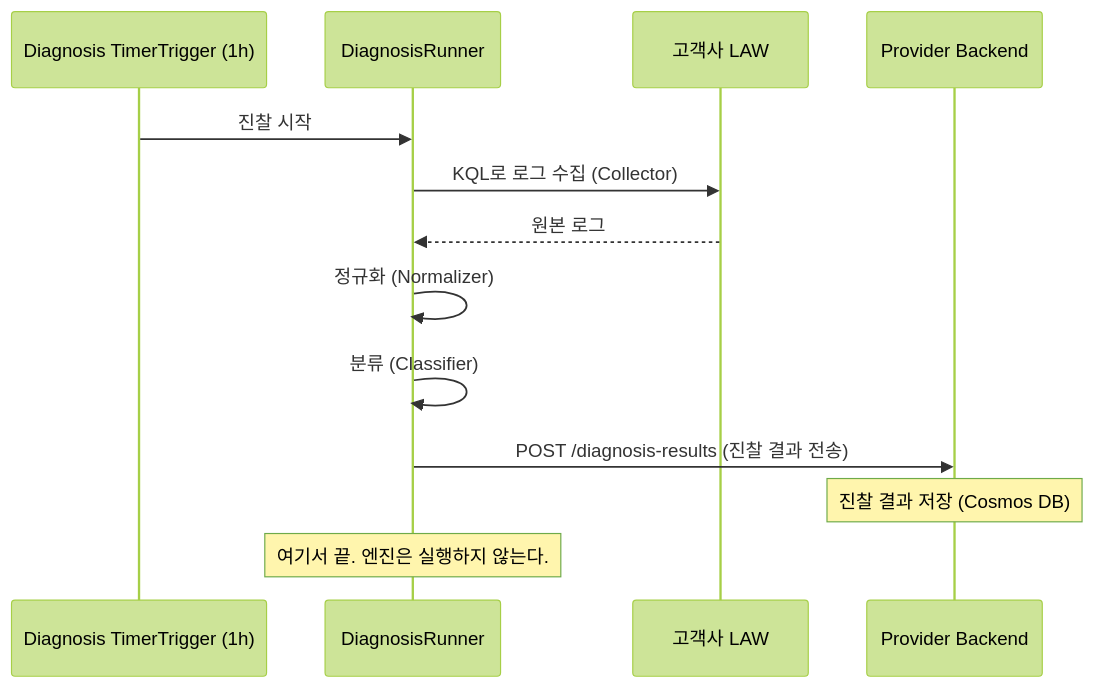
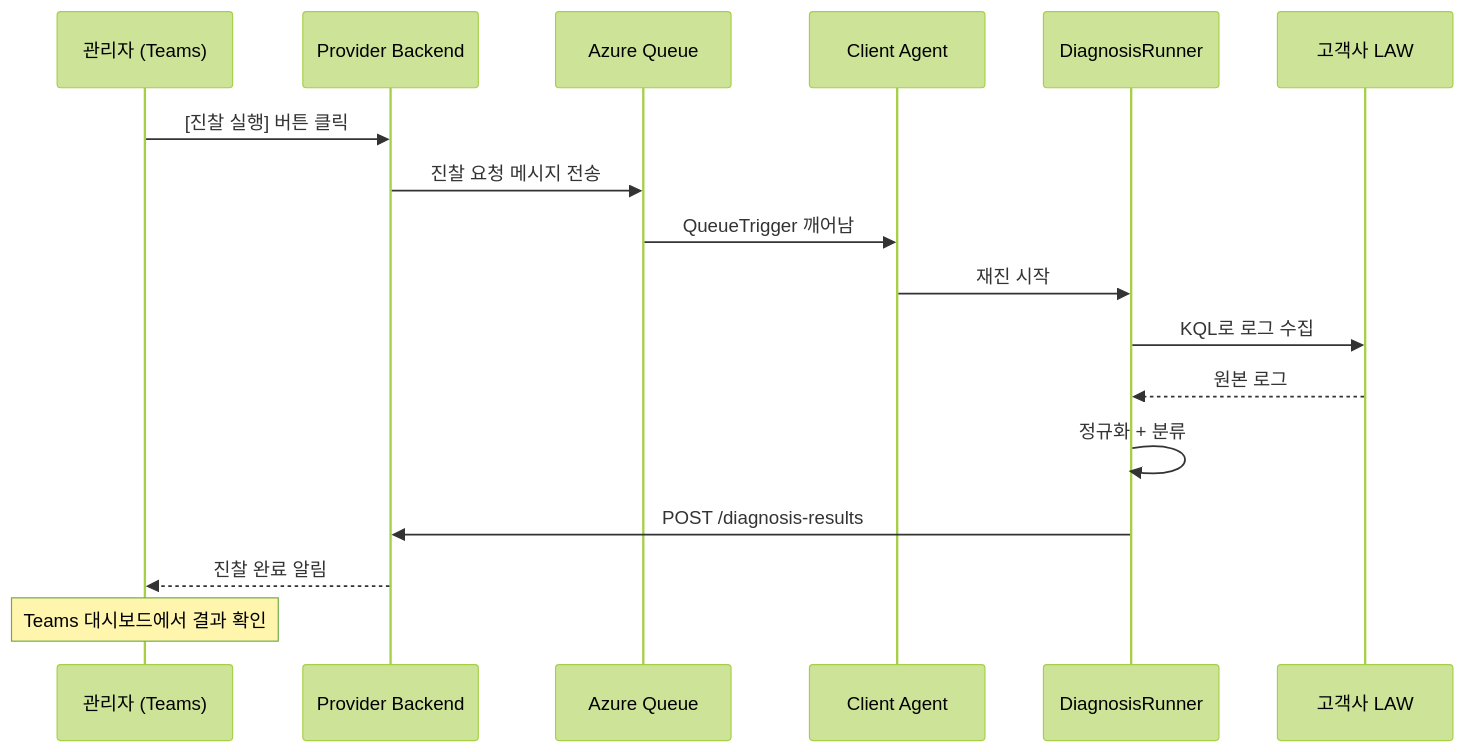
Before and after one commit to logDoctor/document: the second of 4 diagrams in azure/projects/log-diagnosis-implementation.md, drawn with Mermaid (forest theme). The commit also changed other lines of this file and 1 other file, not shown here.

Commit message:
fix: 진찰 트리거 모델 변경 - Timer → On-Demand (초진 자동 + 재진 버튼)

````diff
--- a/azure/projects/log-diagnosis-implementation.md
+++ b/azure/projects/log-diagnosis-implementation.md
@@ -126,16 +161,21 @@
 ```mermaid
 sequenceDiagram
-    participant Timer as Diagnosis TimerTrigger (1h)
+    participant Admin as 관리자 (Teams)
+    participant PB as Provider Backend
+    participant Queue as Azure Queue
+    participant Agent as Client Agent
     participant Runner as DiagnosisRunner
     participant LAW as 고객사 LAW
-    participant PB as Provider Backend
 
-    Timer->>Runner: 진찰 시작
-    Runner->>LAW: KQL로 로그 수집 (Collector)
+    Admin->>PB: [진찰 실행] 버튼 클릭
+    PB->>Queue: 진찰 요청 메시지 전송
+    Queue->>Agent: QueueTrigger 깨어남
+
+    Agent->>Runner: 재진 시작
+    Runner->>LAW: KQL로 로그 수집
     LAW-->>Runner: 원본 로그
-    Runner->>Runner: 정규화 (Normalizer)
-    Runner->>Runner: 분류 (Classifier)
-    Runner->>PB: POST /diagnosis-results (진찰 결과 전송)
-    Note over PB: 진찰 결과 저장 (Cosmos DB)
-    Note over Runner: 여기서 끝. 엔진은 실행하지 않는다.
+    Runner->>Runner: 정규화 + 분류
+    Runner->>PB: POST /diagnosis-results
+    PB-->>Admin: 진찰 완료 알림
+    Note over Admin: Teams 대시보드에서 결과 확인
 ```
````
